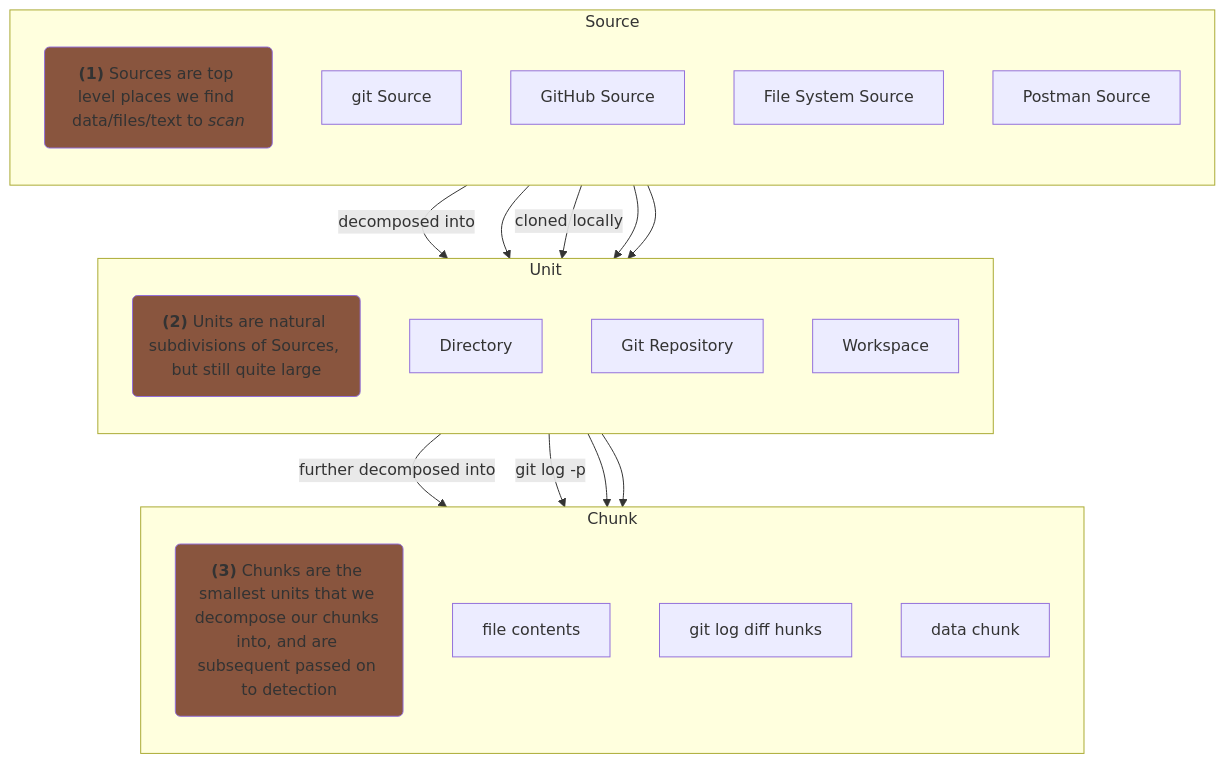
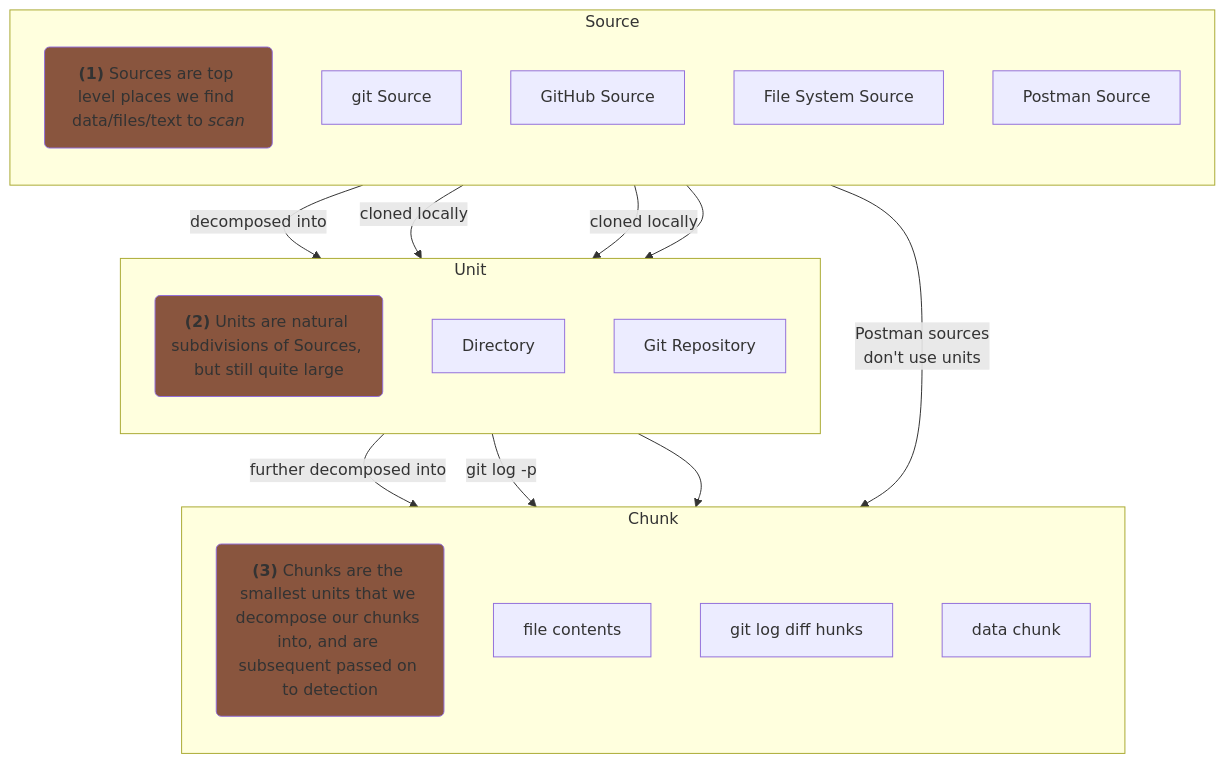
Before and after one commit to martinlocklear/trufflehog: the second of 5 diagrams in dataflow.md, drawn with Mermaid. The commit also changed other lines of this file and 1 other file, not shown here.

Commit message:
WIP - Based on Cody's comments

````diff
--- a/dataflow.md
+++ b/dataflow.md
@@ -30,45 +30,43 @@
 ```mermaid
 flowchart TD
     subgraph Source
         direction TB
         SourceDescription("`**(1)** Sources are top level places we find data/files/text to _scan_`")
         GitSource["git Source"]
         GitHubSource["GitHub Source"]
         FilesystemSource["File System Source"]
         PostmanSource["Postman Source"]
     end
 
     subgraph Unit
         direction TB
         UnitDescription("`**(2)** Units are natural subdivisions of Sources, but still quite large`")
         FilesystemUnit[Directory]
         GitUnit[Git Repository]
-        PostmanUnit[Workspace]
     end
 
     subgraph Chunk
         direction TB
         ChunkDescription("`**(3)** Chunks are the smallest units that we decompose our chunks into, and are subsequent passed on to detection`")
         FilesystemChunk[file contents]
         GitRepositoryChunk["`git log diff hunks`"]
         PostmanChunk[data chunk]
     end
 
 
     SourceDescription -- decomposed into --> UnitDescription
     UnitDescription -- further decomposed into --> ChunkDescription
 
 
-    GitSource --> GitUnit
+    GitSource -- cloned locally --> GitUnit
     GitHubSource -- cloned locally --> GitUnit
-    PostmanSource --> PostmanUnit
+    PostmanSource -- Postman sources\ndon't use units --> PostmanChunk
     FilesystemSource --> FilesystemUnit
 
     GitUnit -- git log -p --> GitRepositoryChunk
-    PostmanUnit --> PostmanChunk
     FilesystemUnit --> FilesystemChunk
 
     style SourceDescription fill:#89553e
     style UnitDescription fill:#89553e
     style ChunkDescription fill:#89553e
 ```
````
